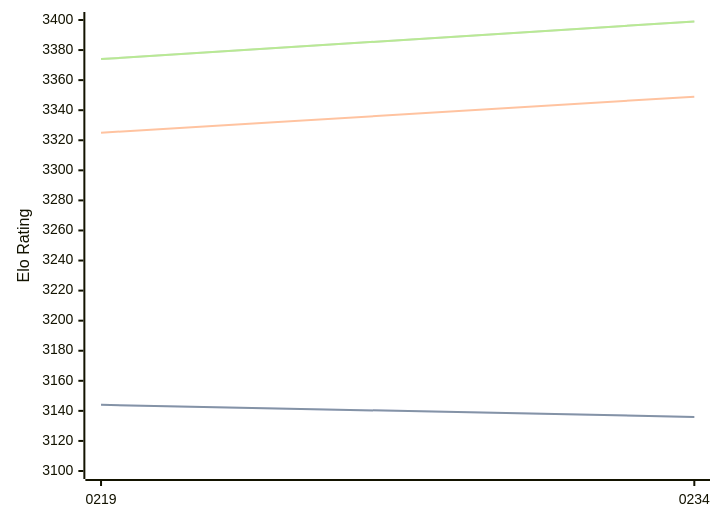
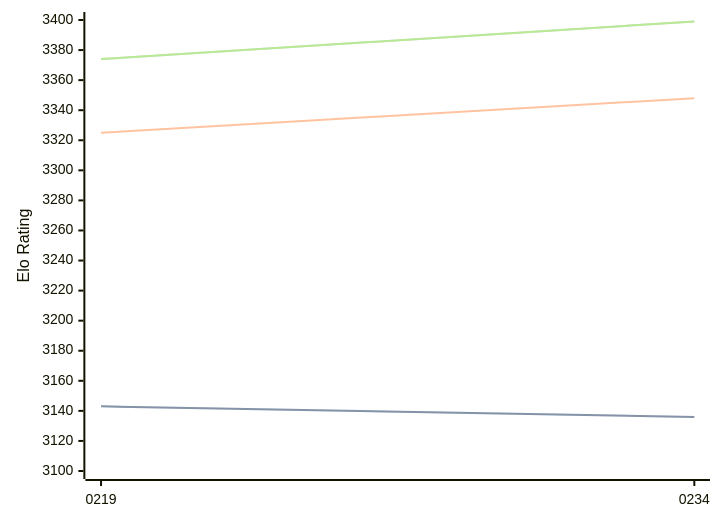
The diagram in engines/Ynode.md (computer-chess-index/cci), drawn with Mermaid before and after one commit. The commit also changed other lines of this file, not shown here.

````diff
--- a/engines/Ynode.md
+++ b/engines/Ynode.md
@@ -32,11 +32,11 @@
 ```mermaid
 %%{init: {"theme":"base","themeVariables":{"seriesColors:['#a3a3a3','#222221','#faa371']}}}%%
 xychart-beta
   x-axis ["0219", "0234"]
   y-axis "Elo Rating" 3100 --> 3400
-  line "" [3144, 3136]
-  line "STC (8.0+0.08s)" [3144, 3136]
-  line "LTC (60.0+0.60s)" [3325, 3349]
+  line "" [3143, 3136]
+  line "STC (8.0+0.08s)" [3143, 3136]
+  line "LTC (60.0+0.60s)" [3325, 3348]
   line "" [3374, 3399]
   line "VLTC (2m24s+1.12s)" [3374, 3399]
 ```
````
